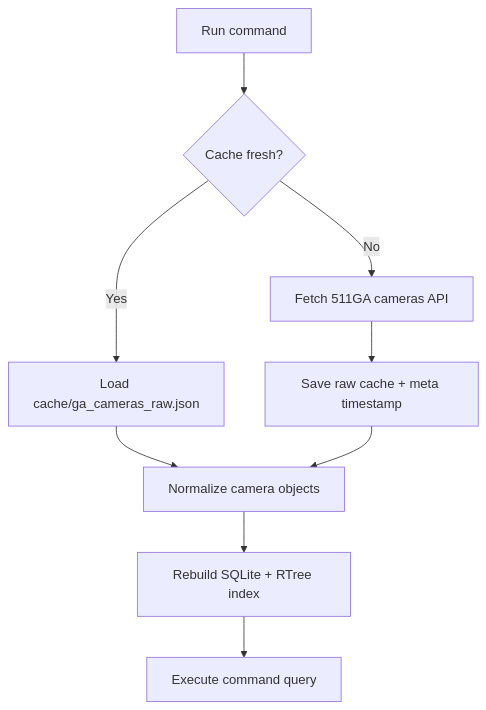
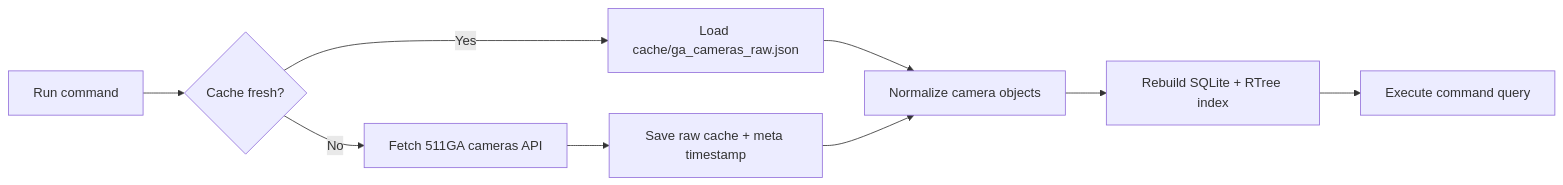
One commit to andrewashere/RoadState changed the first of 2 diagrams in README.md. Above: the diagram before and after it, drawn with Mermaid. The commit also changed other lines of this file and 3 other files, not shown here.

````diff
--- a/README.md
+++ b/README.md
@@ -17,11 +19,11 @@
 ```mermaid
-flowchart TD
+flowchart LR
     A[Run command] --> B{Cache fresh?}
     B -->|Yes| C[Load cache/ga_cameras_raw.json]
     B -->|No| D[Fetch 511GA cameras API]
     D --> E[Save raw cache + meta timestamp]
     C --> F[Normalize camera objects]
     E --> F
     F --> G[Rebuild SQLite + RTree index]
     G --> H[Execute command query]
 ```
````
